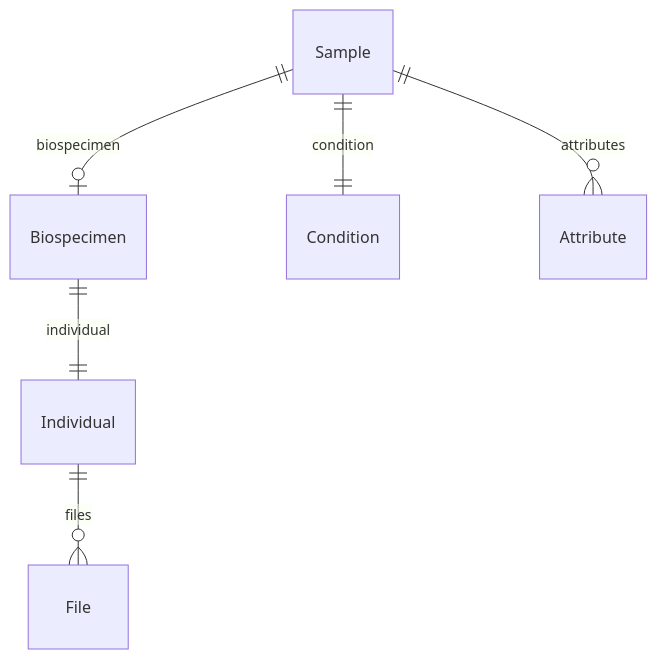
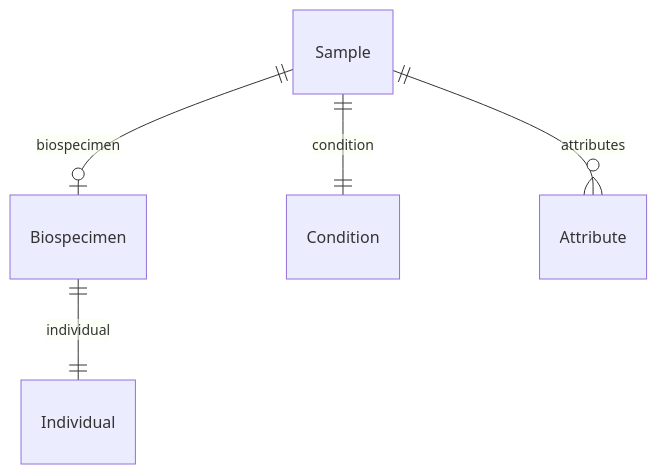
Before and after one commit to ghga-de/ghga-metadata-schema: the second of 7 diagrams in docs/entity_relations.md, drawn with Mermaid. The commit also changed other lines of this file and 43 other files, not shown here.

````diff
--- a/docs/entity_relations.md
+++ b/docs/entity_relations.md
@@ -150,19 +145,18 @@
 ```mermaid
 erDiagram
 Individual {
 
 }
 Biospecimen {
 
 }
 Sample {
 
 }
 
-Individual ||--}o File : "files"
 Biospecimen ||--|| Individual : "individual"
 Sample ||--|o Biospecimen : "biospecimen"
 Sample ||--|| Condition : "condition"
 Sample ||--}o Attribute : "attributes"
 
 ```
````
